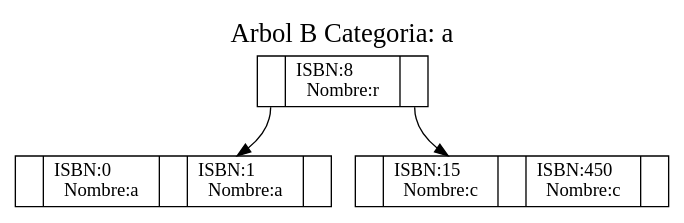
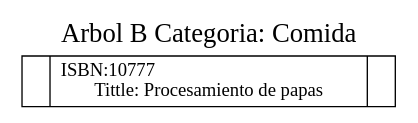
One commit to elJuanjoRamos/EDD_1S2020_PY2_201801262 changed the diagram in EDD_Proyecto2/BTree.dot. Above: the diagram before and after it, drawn with Graphviz. The commit also changed 164 other files, not shown here.

```diff
--- a/EDD_Proyecto2/BTree.dot
+++ b/EDD_Proyecto2/BTree.dot
@@ -1,8 +1,4 @@
 digraph g { 
- graph[label="Arbol B Categoria: a", labelloc=t, fontsize=20, compound=true]; node [shape=record];
-Nodo1124103769[label="<P0>| ISBN:8\lNombre:r|<P1>"];
-Nodo1496245727[label="<P0>| ISBN:0\lNombre:a|<P1>| ISBN:1\lNombre:a|<P2>"];
-Nodo1124103769:P0 -> Nodo1496245727;
-Nodo141449481[label="<P0>| ISBN:15\lNombre:c|<P1>| ISBN:450\lNombre:c|<P2>"];
-Nodo1124103769:P1 -> Nodo141449481;
+ graph[label="Arbol B Categoria: Comida", labelloc=t, fontsize=20, compound=true]; node [shape=record];
+Nodo305804[label="<P0>| ISBN:10777\lTittle: Procesamiento de papas|<P1>"];
 }
```
